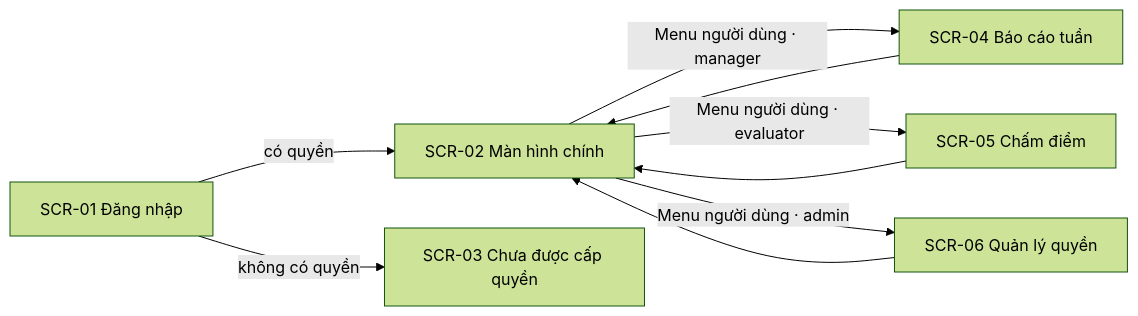
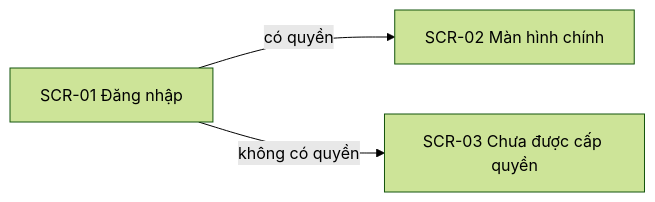
Before and after one commit to mdat1701/chat_with_document: the third of 9 diagrams in docs/design/SDD_UI_UX_Blueprint.md, drawn with Mermaid (forest theme). The commit also changed other lines of this file and 126 other files, not shown here.

````diff
--- a/docs/design/SDD_UI_UX_Blueprint.md
+++ b/docs/design/SDD_UI_UX_Blueprint.md
@@ -245,11 +233,5 @@
 ```mermaid
 flowchart LR
     L[SCR-01 Đăng nhập] -->|có quyền| M[SCR-02 Màn hình chính]
     L -->|không có quyền| NA[SCR-03 Chưa được cấp quyền]
-    M -->|Menu người dùng · manager| R[SCR-04 Báo cáo tuần]
-    M -->|Menu người dùng · evaluator| E[SCR-05 Chấm điểm]
-    M -->|Menu người dùng · admin| A[SCR-06 Quản lý quyền]
-    R --> M
-    E --> M
-    A --> M
 ```
````
